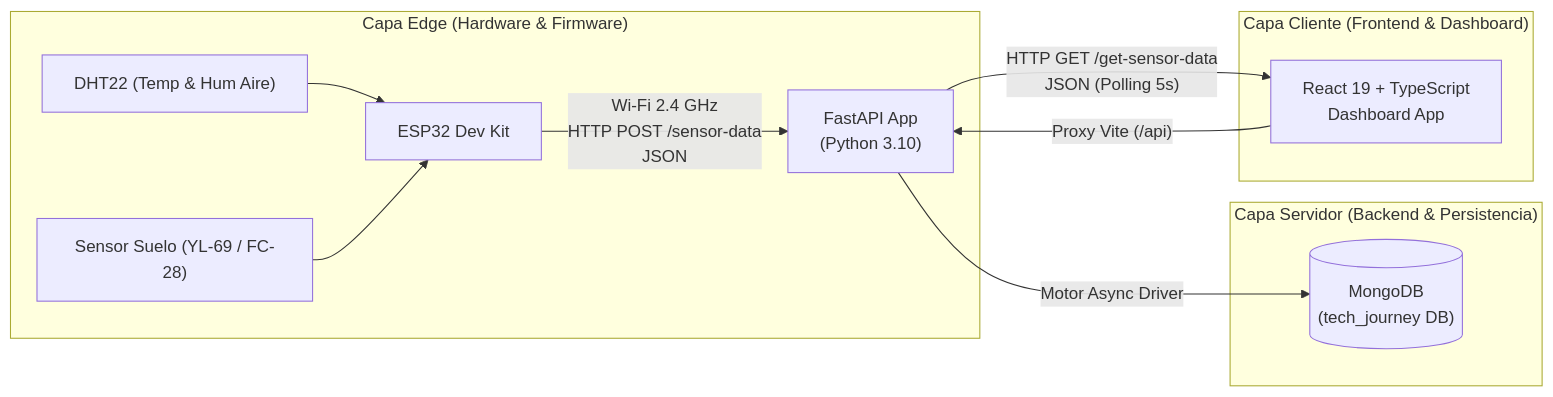
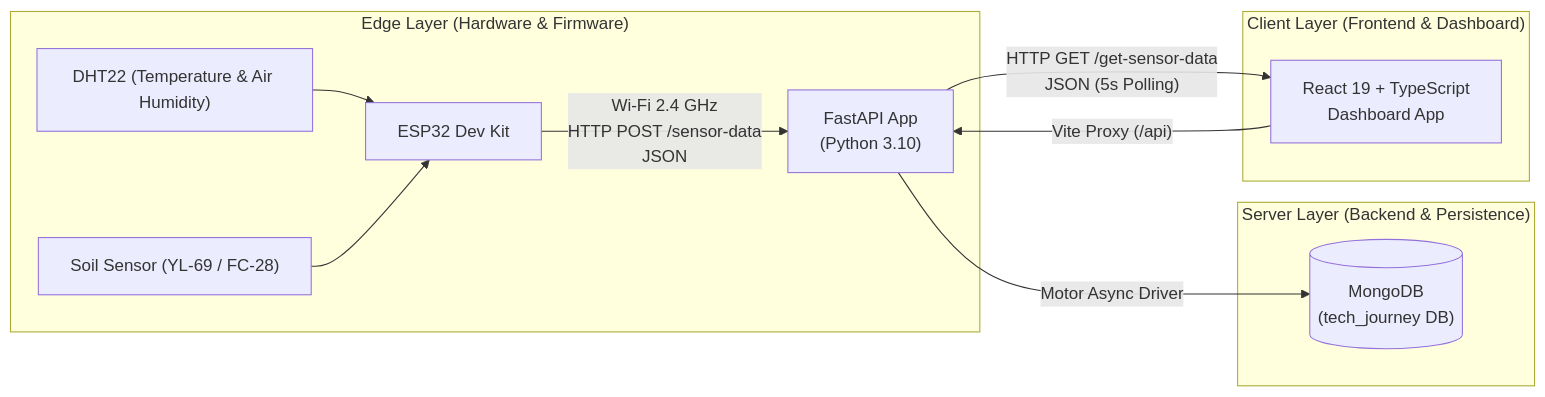
One commit to richard278/geoenergy-environmental-monitor changed the diagram in README.md. Above: the diagram before and after it, drawn with Mermaid. The commit also changed other lines of this file, not shown here.

````diff
--- a/README.md
+++ b/README.md
@@ -21,17 +21,17 @@
 ```mermaid
 flowchart LR
-    subgraph Edge ["Capa Edge (Hardware & Firmware)"]
-        S1["DHT22 (Temp & Hum Aire)"] --> ESP32["ESP32 Dev Kit"]
-        S2["Sensor Suelo (YL-69 / FC-28)"] --> ESP32
+    subgraph Edge ["Edge Layer (Hardware & Firmware)"]
+        S1["DHT22 (Temperature & Air Humidity)"] --> ESP32["ESP32 Dev Kit"]
+        S2["Soil Sensor (YL-69 / FC-28)"] --> ESP32
         ESP32 -- "Wi-Fi 2.4 GHz\nHTTP POST /sensor-data\nJSON" --> API
     end
 
-    subgraph Server ["Capa Servidor (Backend & Persistencia)"]
+    subgraph Server ["Server Layer (Backend & Persistence)"]
         API["FastAPI App\n(Python 3.10)"] -- "Motor Async Driver" --> DB[("MongoDB\n(tech_journey DB)")]
     end
 
-    subgraph Client ["Capa Cliente (Frontend & Dashboard)"]
-        API -- "HTTP GET /get-sensor-data\nJSON (Polling 5s)" --> React["React 19 + TypeScript\nDashboard App"]
-        React -- "Proxy Vite (/api)" --> API
+    subgraph Client ["Client Layer (Frontend & Dashboard)"]
+        API -- "HTTP GET /get-sensor-data\nJSON (5s Polling)" --> React["React 19 + TypeScript\nDashboard App"]
+        React -- "Vite Proxy (/api)" --> API
     end
 ```
````
